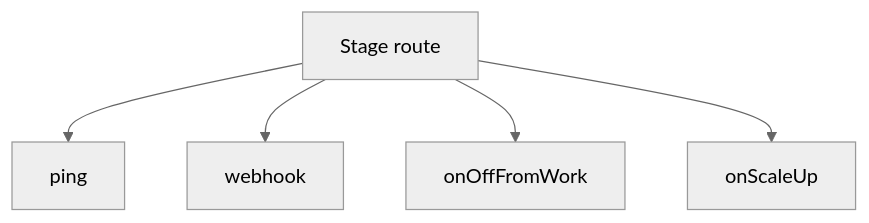
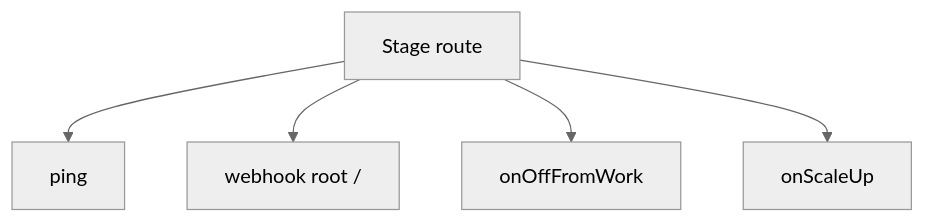
The third of 3 diagrams in internal/httpserver/README.md (siutsin/telegram-jung2-bot), drawn with Mermaid (neutral theme) before and after one commit. The commit also changed other lines of this file and 22 other files, not shown here.

````diff
--- a/internal/httpserver/README.md
+++ b/internal/httpserver/README.md
@@ -47,7 +62,7 @@
 ```mermaid
 flowchart TD
     stage[Stage route] --> ping[ping]
-    stage --> webhook[webhook]
+    stage --> webhook["webhook root /"]
     stage --> offwork[onOffFromWork]
     stage --> scaleup[onScaleUp]
 ```
````
